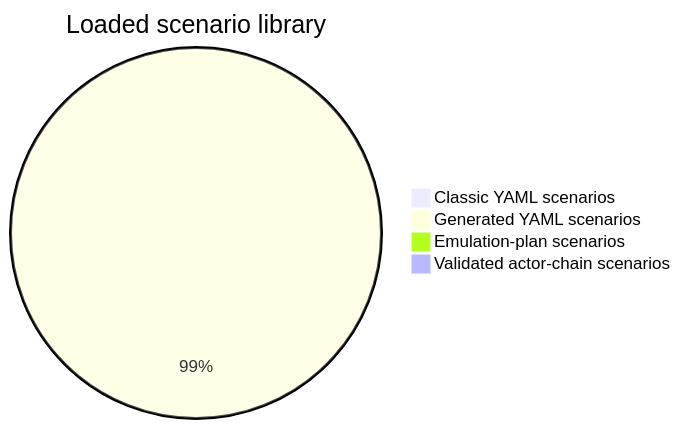
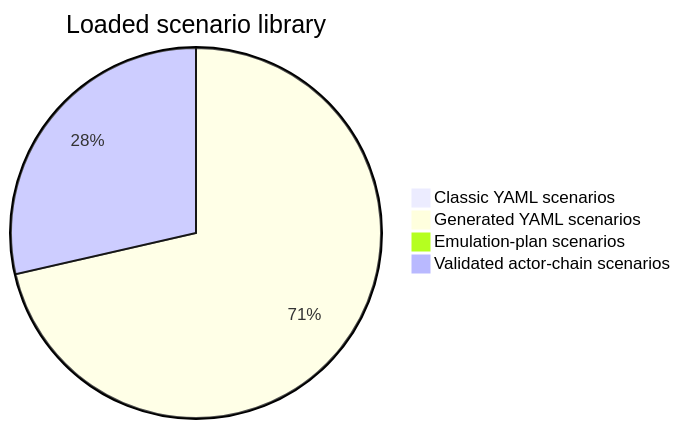
One commit to omarbabba779xx/APT-Simulator changed the third of 5 diagrams in README.md. Above: the diagram before and after it, drawn with Mermaid. The commit also changed other lines of this file and 964 other files, not shown here.

````diff
--- a/README.md
+++ b/README.md
@@ -77,7 +78,7 @@
 ```mermaid
 pie title Loaded scenario library
     "Classic YAML scenarios" : 11
     "Generated YAML scenarios" : 2500
     "Emulation-plan scenarios" : 11
-    "Validated actor-chain scenarios" : 12
+    "Validated actor-chain scenarios" : 1000
 ```
````
